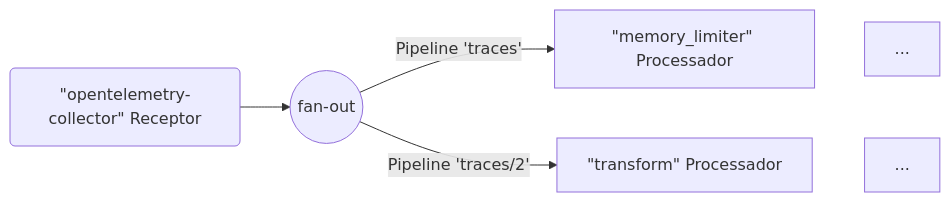
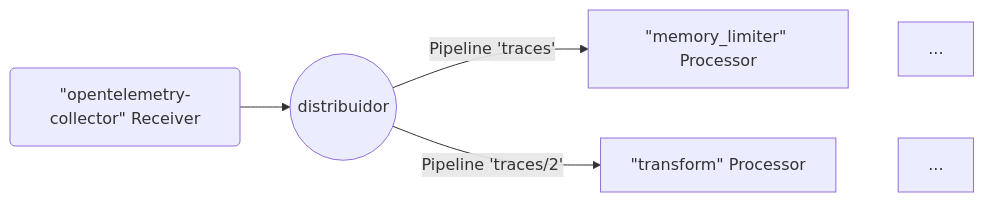
One commit to open-telemetry/opentelemetry.io changed the second of 7 diagrams in content/pt/docs/collector/architecture.md. Above: the diagram before and after it, drawn with Mermaid. The commit also changed other lines of this file, not shown here.

Commit message:
GH-9427: narrow Portuguese architecture drift fix

````diff
--- a/content/pt/docs/collector/architecture.md
+++ b/content/pt/docs/collector/architecture.md
@@ -127,8 +126,8 @@
 ```mermaid
 flowchart LR
-  R1("`#quot;opentelemetry-collector#quot; Receptor`") --> FO((fan-out))
-  FO -->|Pipeline 'traces'| P1["`#quot;memory_limiter#quot; Processador`"]
-  FO -->|Pipeline 'traces/2'| P2["`#quot;transform#quot; Processador`"]
+  R1("`#quot;opentelemetry-collector#quot; Receiver`") --> FO((distribuidor))
+  FO -->|Pipeline 'traces'| P1["`#quot;memory_limiter#quot; Processor`"]
+  FO -->|Pipeline 'traces/2'| P2["`#quot;transform#quot; Processor`"]
   P1 ~~~ M1[...]
   P2 ~~~ M2[...]
 ```
````
